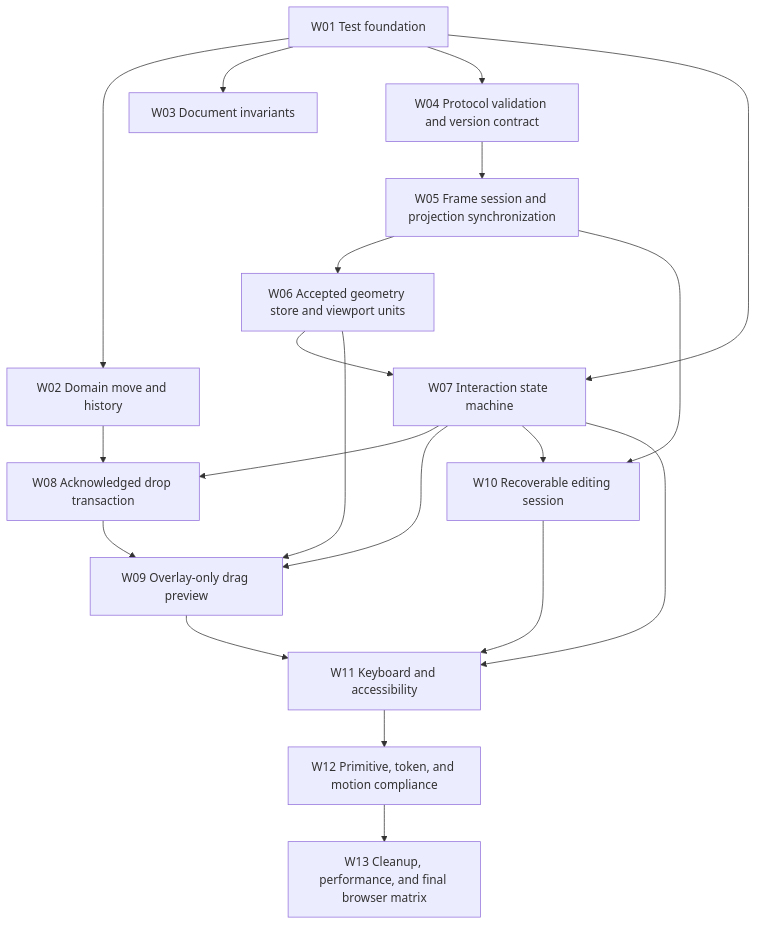
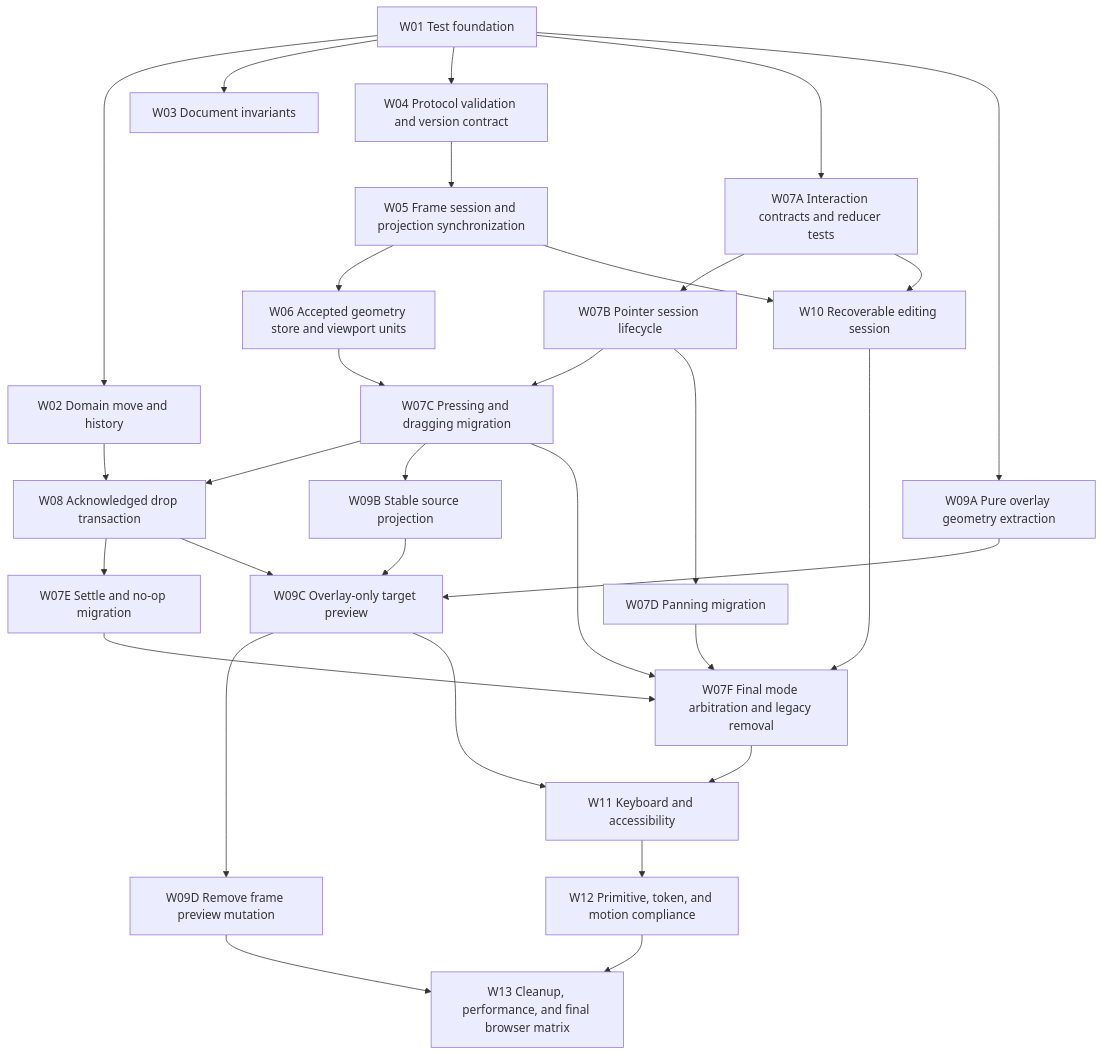
One commit to zhonglr/Looploom changed the fifth of 5 diagrams in docs/plans/canvas-architecture-hardening.md. Above: the diagram before and after it, drawn with Mermaid. The commit also changed other lines of this file, not shown here.

Commit message:
docs(canvas): split interaction migration into incremental work

````diff
--- a/docs/plans/canvas-architecture-hardening.md
+++ b/docs/plans/canvas-architecture-hardening.md
@@ -334,28 +334,41 @@
 ```mermaid
 flowchart TD
   W01[W01 Test foundation] --> W02[W02 Domain move and history]
   W01 --> W03[W03 Document invariants]
   W01 --> W04[W04 Protocol validation and version contract]
 
   W04 --> W05[W05 Frame session and projection synchronization]
   W05 --> W06[W06 Accepted geometry store and viewport units]
 
-  W01 --> W07[W07 Interaction state machine]
-  W06 --> W07
+  W01 --> W07A[W07A Interaction contracts and reducer tests]
+  W07A --> W07B[W07B Pointer session lifecycle]
+  W07B --> W07C[W07C Pressing and dragging migration]
+  W06 --> W07C
+  W07B --> W07D[W07D Panning migration]
+
   W02 --> W08[W08 Acknowledged drop transaction]
-  W07 --> W08
+  W07C --> W08
+  W08 --> W07E[W07E Settle and no-op migration]
 
-  W07 --> W09[W09 Overlay-only drag preview]
-  W06 --> W09
-  W08 --> W09
+  W01 --> W09A[W09A Pure overlay geometry extraction]
+  W07C --> W09B[W09B Stable source projection]
+  W09A --> W09C[W09C Overlay-only target preview]
+  W09B --> W09C
+  W08 --> W09C
+  W09C --> W09D[W09D Remove frame preview mutation]
 
   W05 --> W10[W10 Recoverable editing session]
-  W07 --> W10
+  W07A --> W10
 
-  W07 --> W11[W11 Keyboard and accessibility]
-  W09 --> W11
-  W10 --> W11
+  W07C --> W07F[W07F Final mode arbitration and legacy removal]
+  W07D --> W07F
+  W07E --> W07F
+  W10 --> W07F
+
+  W07F --> W11[W11 Keyboard and accessibility]
+  W09C --> W11
 
   W11 --> W12[W12 Primitive, token, and motion compliance]
+  W09D --> W13[W13 Cleanup, performance, and final browser matrix]
   W12 --> W13[W13 Cleanup, performance, and final browser matrix]
 ```
````
